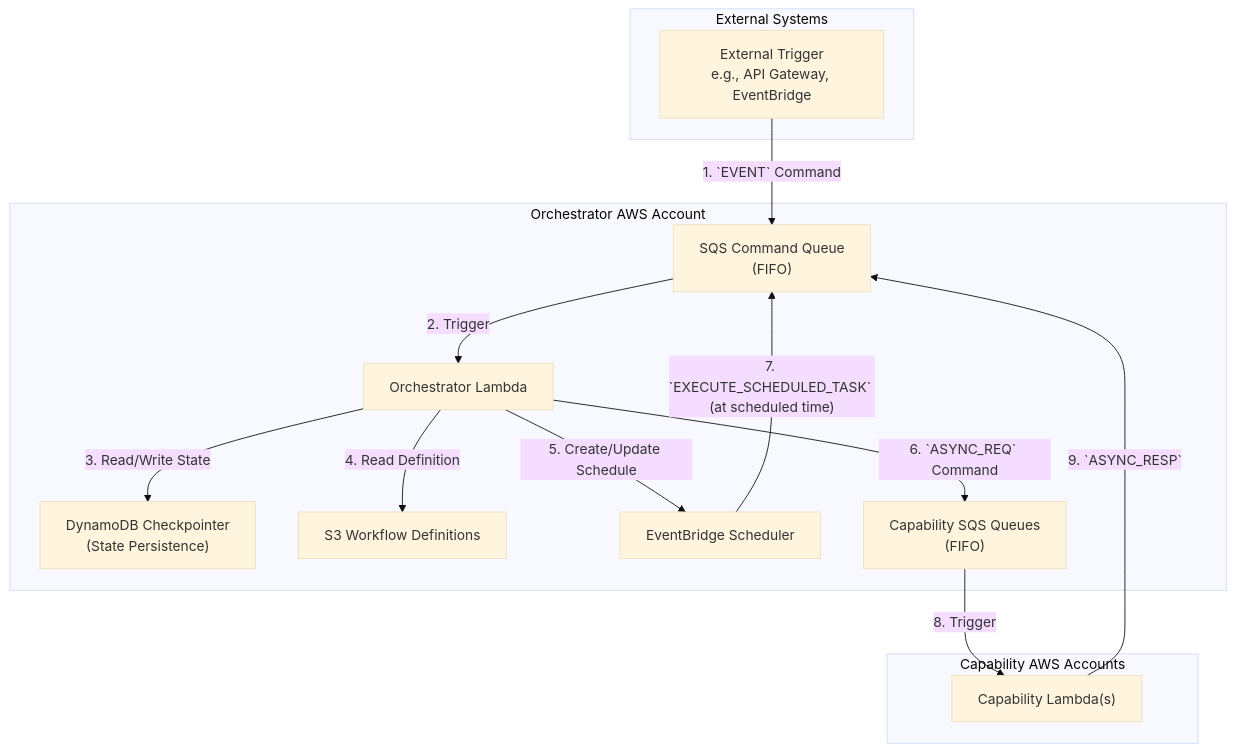
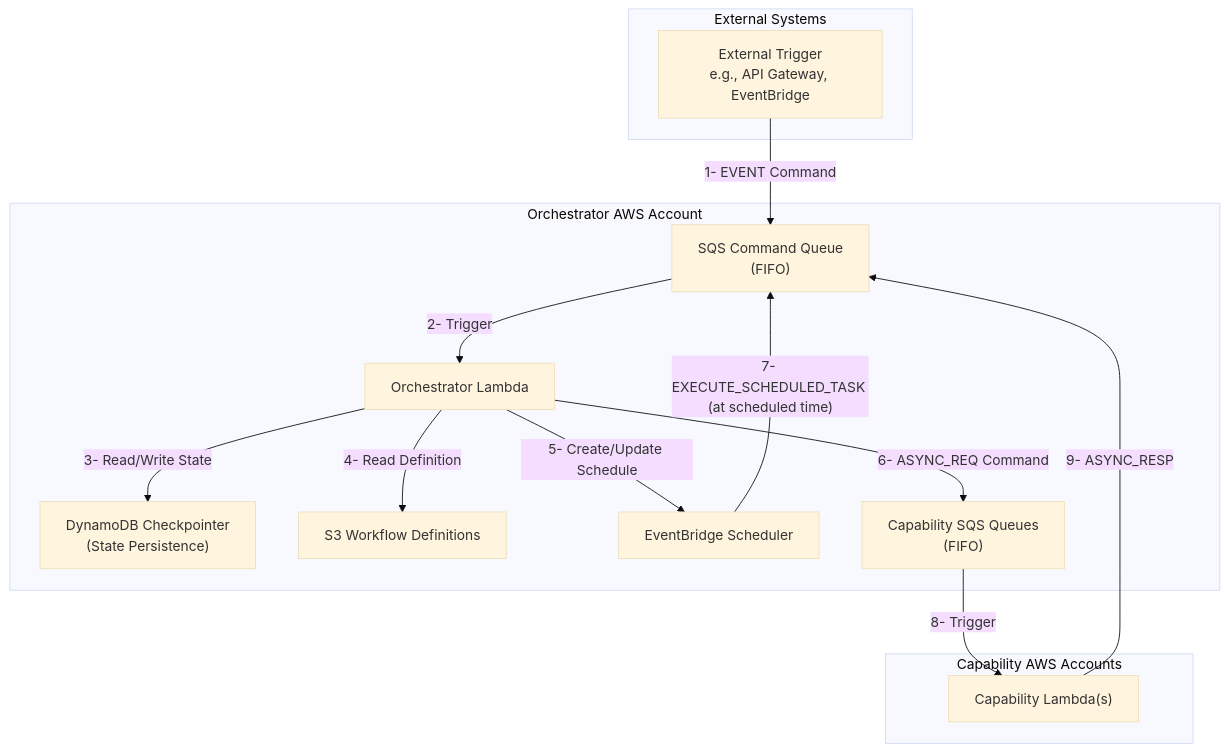
Before and after one commit to thetwit4u/nike-cch-workflow-orchestrator: the diagram in README.md, drawn with Mermaid (base theme).

Commit message:
fix(mermaid) : fixed mermaid syntax

````diff
--- a/README.md
+++ b/README.md
@@ -16,31 +16,31 @@
 ```mermaid
 graph TD
     subgraph "External Systems"
         A[External Trigger<br/>e.g., API Gateway, EventBridge]
     end
 
     subgraph "Orchestrator AWS Account"
         B["SQS Command Queue<br/>(FIFO)"]
         C[Orchestrator Lambda]
         D["DynamoDB Checkpointer<br/>(State Persistence)"]
         E[S3 Workflow Definitions]
         F[EventBridge Scheduler]
         G["Capability SQS Queues<br/>(FIFO)"]
     end
 
     subgraph "Capability AWS Accounts"
         H["Capability Lambda(s)"]
     end
 
-    A -- "1. `EVENT` Command" --> B
-    B -- "2. Trigger" --> C
-    C -- "3. Read/Write State" --> D
-    C -- "4. Read Definition" --> E
-    C -- "5. Create/Update Schedule" --> F
-    C -- "6. `ASYNC_REQ` Command" --> G
-    F -- "7. `EXECUTE_SCHEDULED_TASK` (at scheduled time)" --> B
+    A -- "1- EVENT Command" --> B
+    B -- "2- Trigger" --> C
+    C -- "3- Read/Write State" --> D
+    C -- "4- Read Definition" --> E
+    C -- "5- Create/Update Schedule" --> F
+    C -- "6- ASYNC_REQ Command" --> G
+    F -- "7- EXECUTE_SCHEDULED_TASK (at scheduled time)" --> B
     
-    G -- "8. Trigger" --> H
-    H -- "9. `ASYNC_RESP`" --> B
+    G -- "8- Trigger" --> H
+    H -- "9- ASYNC_RESP" --> B
 
 ```
````
